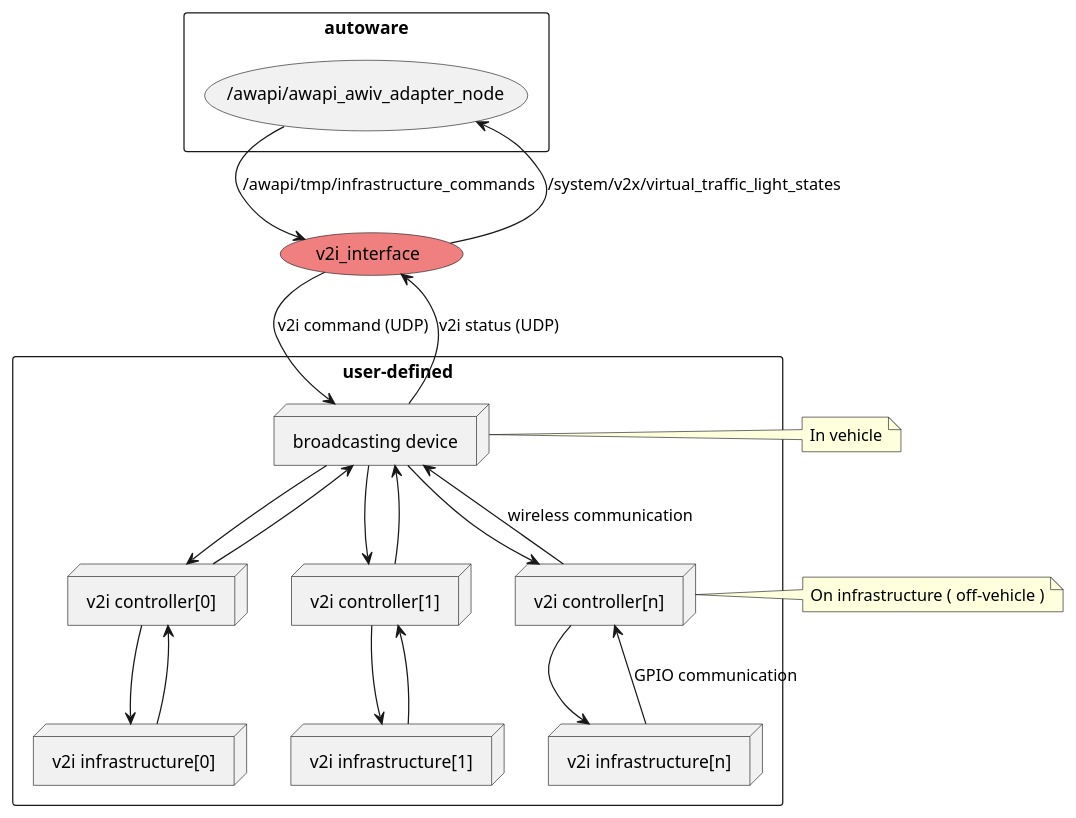
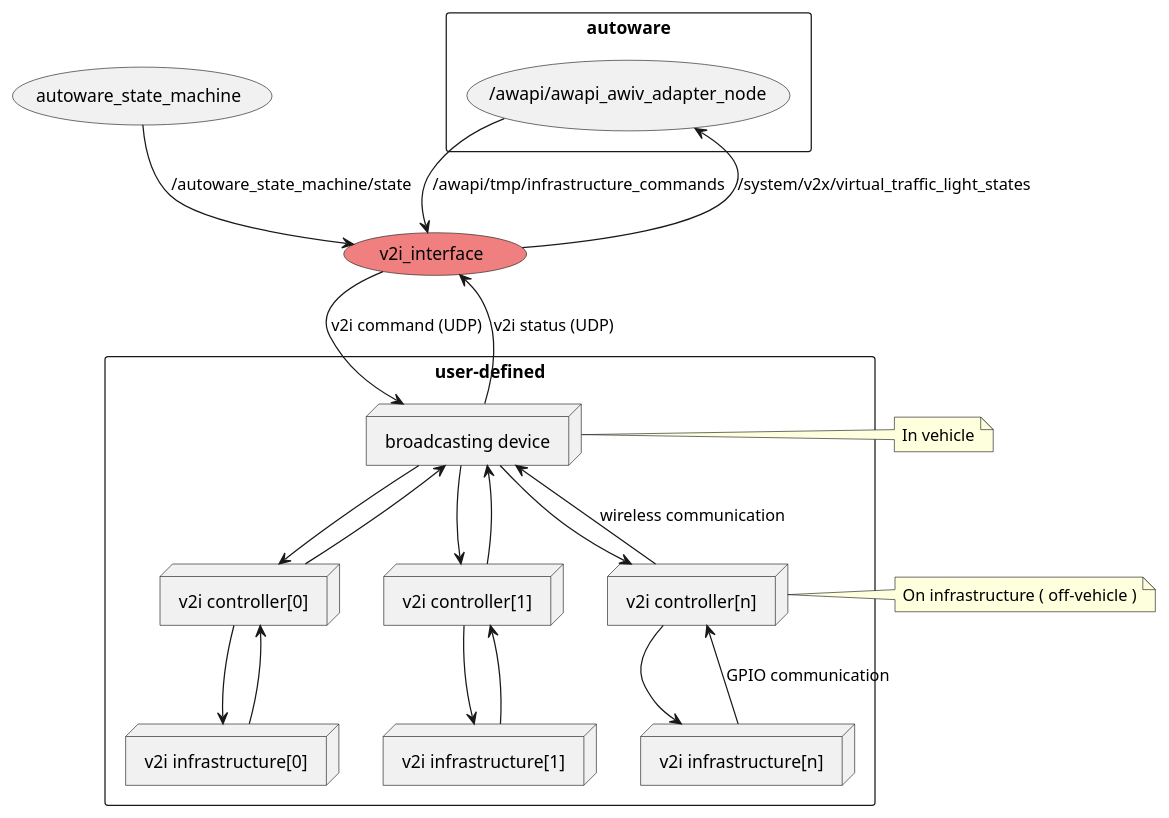
The diagram in docs/node_graph.pu (v-sugahara7993-esol/v2i_interface), drawn with PlantUML before and after one commit.

Commit message:
chore(readme): fix node graph

```diff
--- a/docs/node_graph.pu
+++ b/docs/node_graph.pu
@@ -1,41 +1,43 @@
 @startuml
 
 rectangle autoware {
   usecase "/awapi/awapi_awiv_adapter_node"
 }
+usecase "autoware_state_machine"
 usecase "v2i_interface" #LightCoral
 rectangle user-defined {
   node "broadcasting device"
   node "v2i controller[0]" as v2ictl_0
   node "v2i controller[1]" as v2ictl_1
   node "v2i controller[n]" as v2ictl_n
   node "v2i infrastructure[0]" as v2ihw_0
   node "v2i infrastructure[1]" as v2ihw_1
   node "v2i infrastructure[n]" as v2ihw_n
 }
 
 (/awapi/awapi_awiv_adapter_node) --> (v2i_interface) : /awapi/tmp/infrastructure_commands
 (/awapi/awapi_awiv_adapter_node) <-- (v2i_interface) : /system/v2x/virtual_traffic_light_states
+(autoware_state_machine) --> (v2i_interface) : /autoware_state_machine/state
 (v2i_interface) --> (broadcasting device) : v2i command (UDP)
 (v2i_interface) <-- (broadcasting device) : v2i status (UDP)
 (broadcasting device) --> (v2ictl_0)
 (broadcasting device) <-- (v2ictl_0)
 (broadcasting device) --> (v2ictl_1)
 (broadcasting device) <-- (v2ictl_1)
 (broadcasting device) --> (v2ictl_n)
 (broadcasting device) <-- (v2ictl_n) : wireless communication
 
 (v2ictl_0) -[hidden] (v2ictl_1)
 (v2ictl_1) -[hidden] (v2ictl_n)
 
 (v2ictl_0) --> (v2ihw_0)
 (v2ictl_0) <-- (v2ihw_0)
 (v2ictl_1) --> (v2ihw_1)
 (v2ictl_1) <-- (v2ihw_1)
 (v2ictl_n) --> (v2ihw_n)
 (v2ictl_n) <-- (v2ihw_n) : GPIO communication
 
 note right of "broadcasting device" : In vehicle
 note right of v2ictl_n : On infrastructure ( off-vehicle )
 
 @enduml
```
